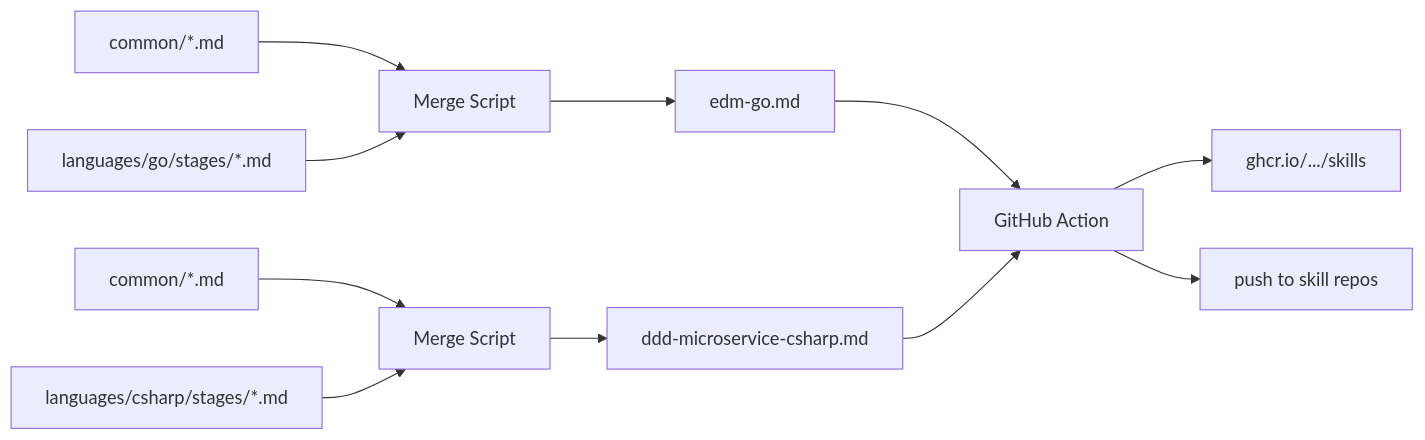
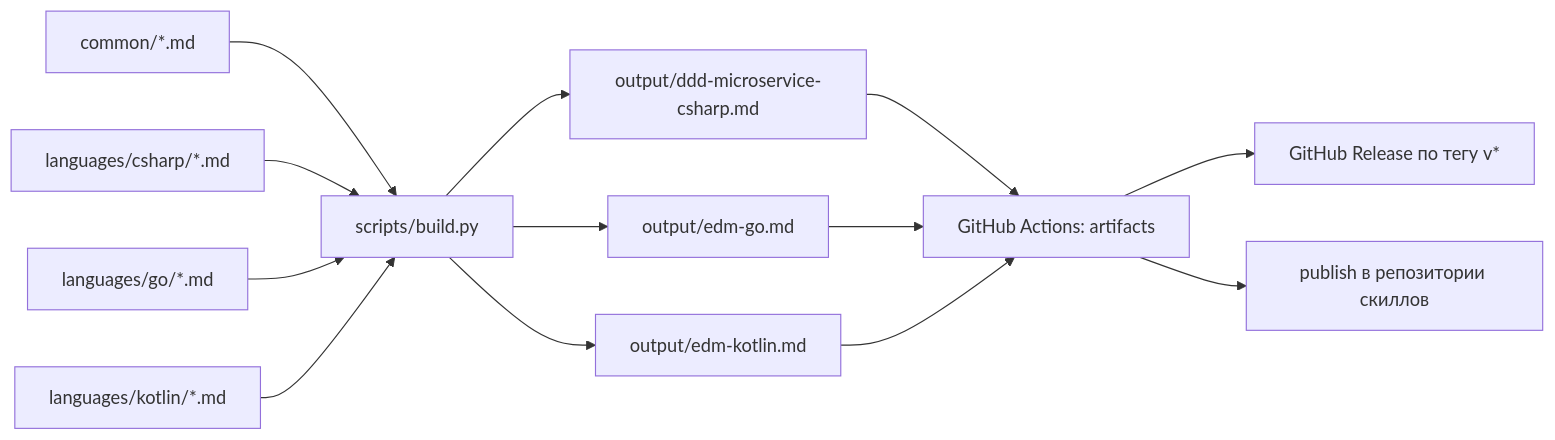
One commit to Ekstrem/emd-skills changed the diagram in README.md. Above: the diagram before and after it, drawn with Mermaid. The commit also changed other lines of this file and 6 other files, not shown here.

````diff
--- a/README.md
+++ b/README.md
@@ -3,17 +6,15 @@
 ```mermaid
-
 graph LR
-    A[common/*.md] --> C[Merge Script]
-    B[languages/go/stages/*.md] --> C
-    C --> D[edm-go.md]
-    
-    A2[common/*.md] --> C2[Merge Script]
-    B2[languages/csharp/stages/*.md] --> C2
-    C2 --> D2[ddd-microservice-csharp.md]
-    
-    D --> E[GitHub Action]
+    A[common/*.md] --> C[scripts/build.py]
+    B1[languages/csharp/*.md] --> C
+    B2[languages/go/*.md] --> C
+    B3[languages/kotlin/*.md] --> C
+    C --> D1[output/ddd-microservice-csharp.md]
+    C --> D2[output/edm-go.md]
+    C --> D3[output/edm-kotlin.md]
+    D1 --> E[GitHub Actions: artifacts]
     D2 --> E
-    E --> F[ghcr.io/.../skills]
-    E --> G[push to skill repos]
-	
+    D3 --> E
+    E --> F[GitHub Release по тегу v*]
+    E --> G[publish в репозитории скиллов]
 ```
````
